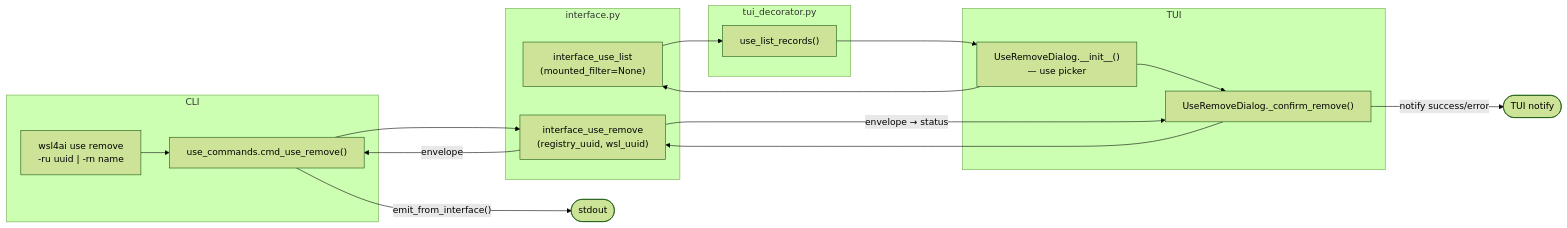
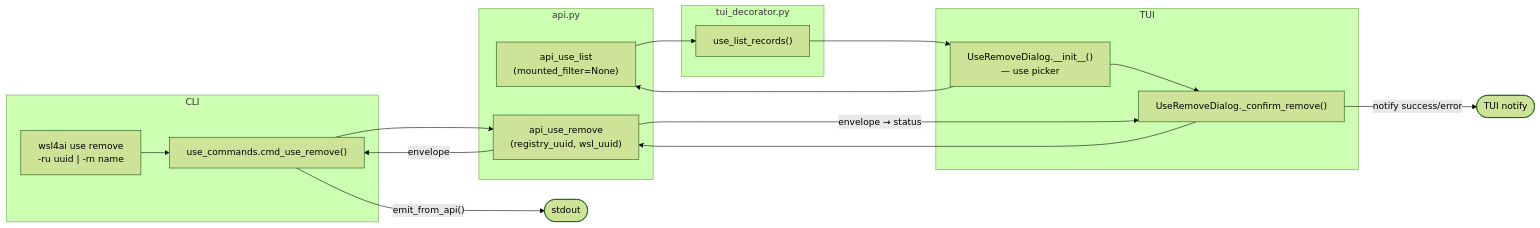
Before and after one commit to rmompo/wsl4ai: the third of 6 diagrams in specs/tool/specs-use.md, drawn with Mermaid (forest theme). The commit also changed other lines of this file and 20 other files, not shown here.

First line of the commit message:
v1.6.3: rename interface.py → api.py, interface_* → api_*

````diff
--- a/specs/tool/specs-use.md
+++ b/specs/tool/specs-use.md
@@ -166,28 +166,28 @@
 ```mermaid
 flowchart LR
     subgraph CLI
         ur["wsl4ai use remove\n-ru uuid | -rn name"]
         cmd["use_commands.cmd_use_remove()"]
         ur --> cmd
     end
-    subgraph Interface["interface.py"]
-        iface_list["interface_use_list\n(mounted_filter=None)"]
-        iface_rm["interface_use_remove\n(registry_uuid, wsl_uuid)"]
+    subgraph Interface["api.py"]
+        iface_list["api_use_list\n(mounted_filter=None)"]
+        iface_rm["api_use_remove\n(registry_uuid, wsl_uuid)"]
     end
     subgraph TUI
         dlg_init["UseRemoveDialog.__init__()\n— use picker"]
         dlg_rm["UseRemoveDialog._confirm_remove()"]
         dlg_init --> dlg_rm
     end
     subgraph TUI_Dec["tui_decorator.py"]
         rec["use_list_records()"]
     end
 
     cmd --> iface_rm
     dlg_init --> iface_list --> rec --> dlg_init
     dlg_rm --> iface_rm
     iface_rm -->|"envelope"| cmd
     iface_rm -->|"envelope → status"| dlg_rm
-    cmd -->|"emit_from_interface()"| stdout([stdout])
+    cmd -->|"emit_from_api()"| stdout([stdout])
     dlg_rm -->|"notify success/error"| ui([TUI notify])
 ```
````
